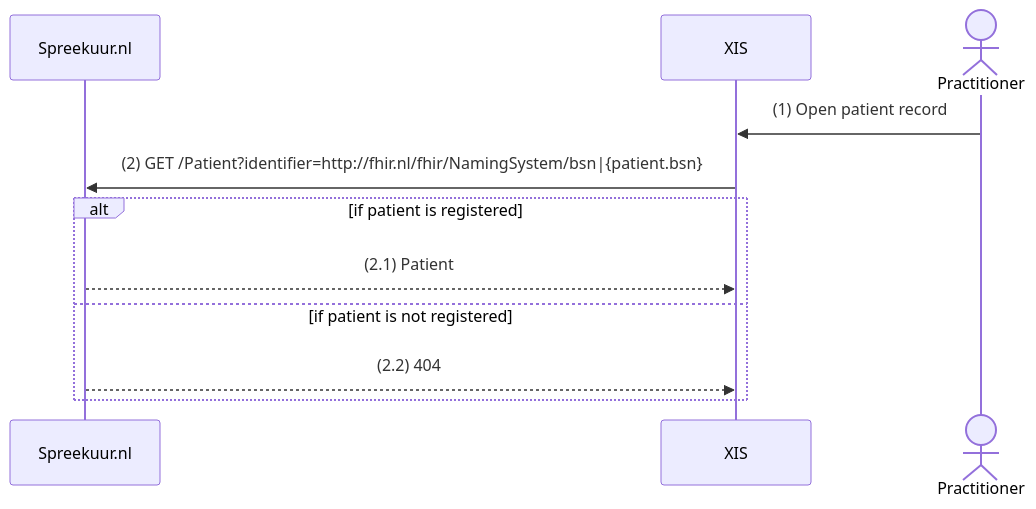
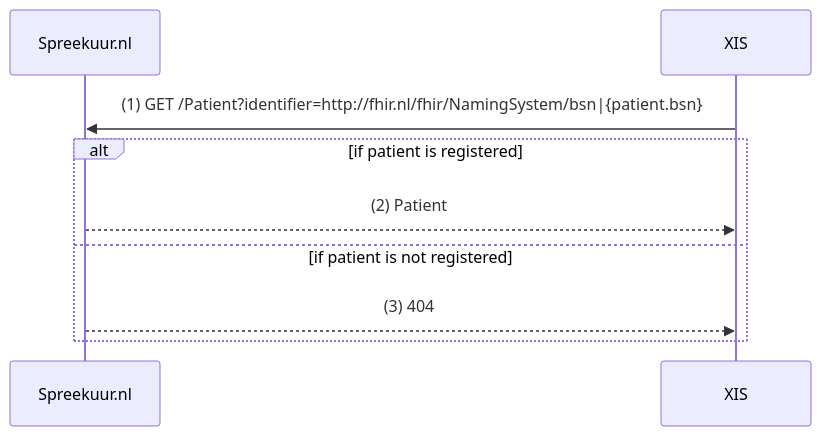
The first of 3 diagrams in docs/features/patient/patient-discovery.md (topicushealthcare/spreekuur-docs), drawn with Mermaid before and after one commit. The commit also changed other lines of this file, not shown here.

Commit message:
simplify example

````diff
--- a/docs/features/patient/patient-discovery.md
+++ b/docs/features/patient/patient-discovery.md
@@ -24,14 +24,12 @@
 ```mermaid
 sequenceDiagram    
     participant Spreekuur.nl
     participant XIS
-    actor Practitioner
 
-    Practitioner->>XIS: (1) Open patient record
-    XIS->>Spreekuur.nl: (2) GET /Patient?identifier=http://fhir.nl/fhir/NamingSystem/bsn|{patient.bsn}
+    XIS->>Spreekuur.nl: (1) GET /Patient?identifier=http://fhir.nl/fhir/NamingSystem/bsn|{patient.bsn}
     alt if patient is registered
-        Spreekuur.nl-->>XIS: (2.1) Patient
+        Spreekuur.nl-->>XIS: (2) Patient
     else if patient is not registered
-        Spreekuur.nl-->>XIS: (2.2) 404
+        Spreekuur.nl-->>XIS: (3) 404
     end
 ```
````
